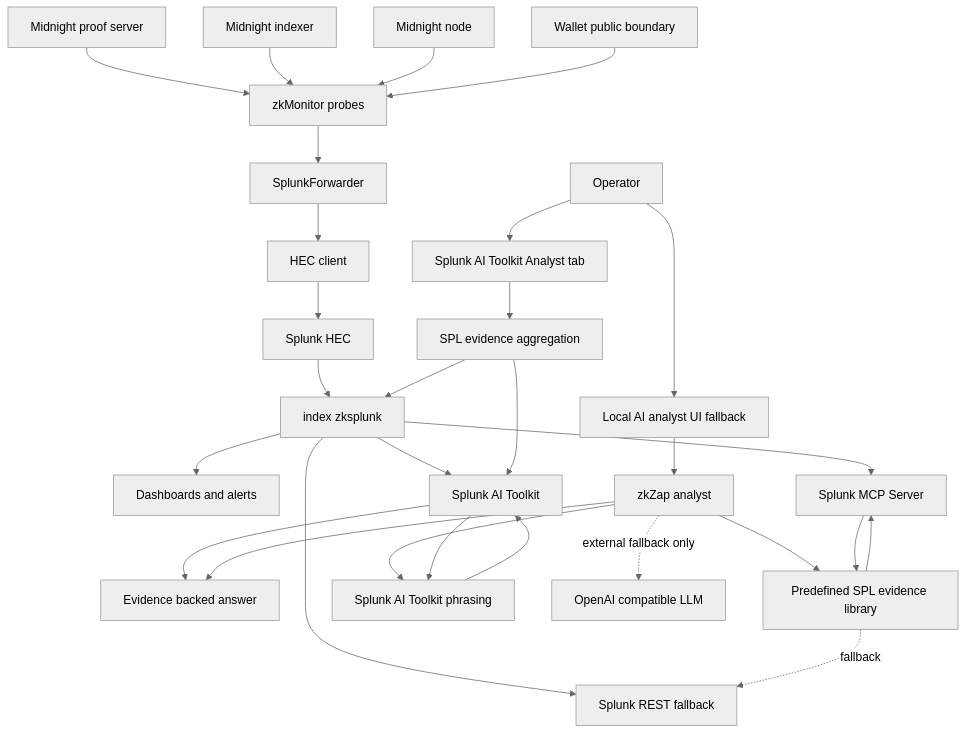
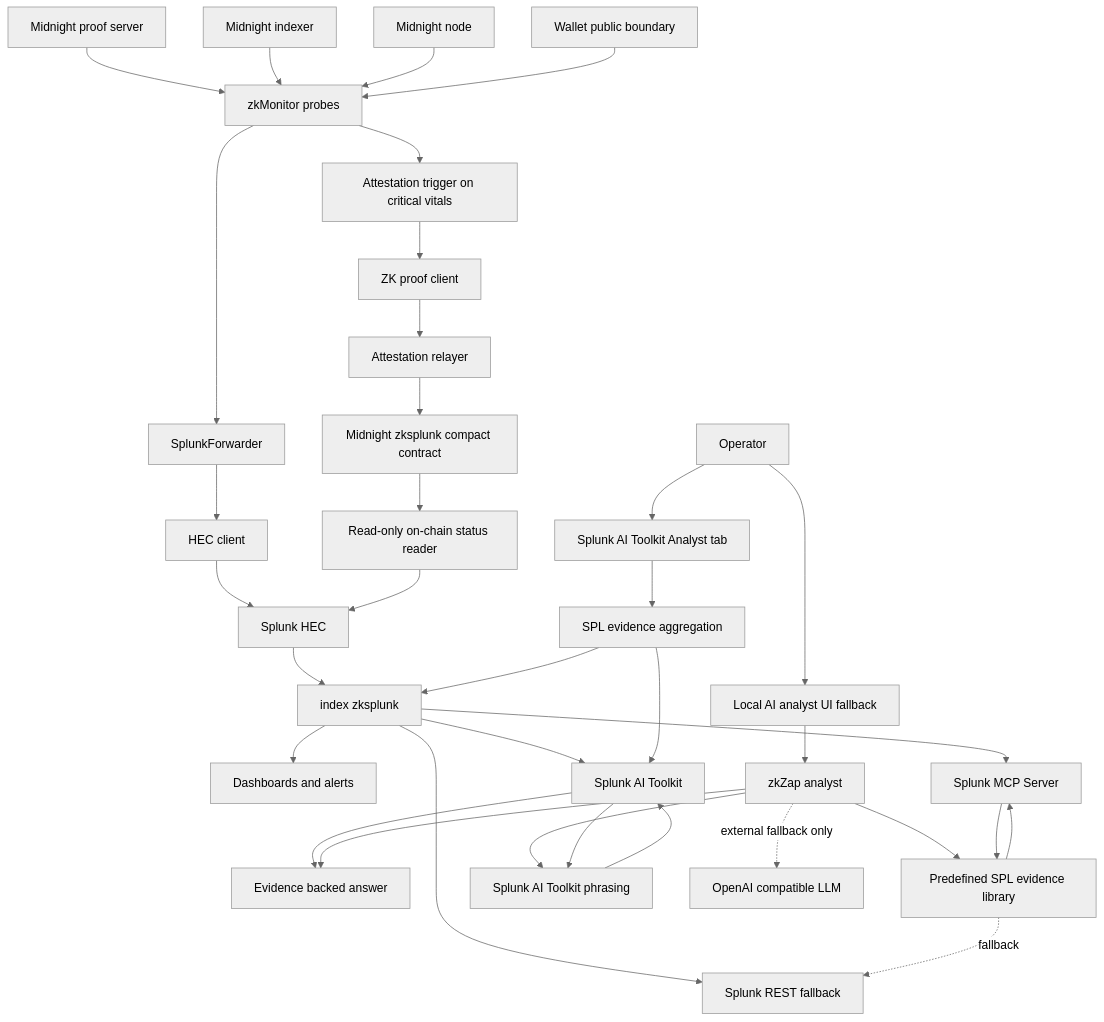
Before and after one commit to apestchanker/Zplunk: the first of 3 diagrams in README.md, drawn with Mermaid (neutral theme). The commit also changed other lines of this file and 21 other files, not shown here.

````diff
--- a/README.md
+++ b/README.md
@@ -72,31 +72,37 @@
 ```mermaid
 graph TD
   A1[Midnight proof server] --> B1[zkMonitor probes]
   A2[Midnight indexer] --> B1
   A3[Midnight node] --> B1
   A4[Wallet public boundary] --> B1
   B1 --> C1[SplunkForwarder]
   C1 --> C2[HEC client]
   C2 --> D1[Splunk HEC]
   D1 --> D2[index zksplunk]
   D2 --> D3[Dashboards and alerts]
   D2 --> D4[Splunk MCP Server]
   D2 --> D5[Splunk REST fallback]
   D2 --> D6[Splunk AI Toolkit]
+  B1 --> G1[Attestation trigger on critical vitals]
+  G1 --> G2[ZK proof client]
+  G2 --> G3[Attestation relayer]
+  G3 --> G4[Midnight zksplunk compact contract]
+  G4 --> G5[Read-only on-chain status reader]
+  G5 --> D1
   F1[Operator] --> E0[Splunk AI Toolkit Analyst tab]
   E0 --> E6[SPL evidence aggregation]
   E6 --> D2
   E6 --> D6
   D6 --> F2[Evidence backed answer]
   F1 --> E1[Local AI analyst UI fallback]
   E1 --> E2[zkZap analyst]
   E2 --> E3[Predefined SPL evidence library]
   E3 --> D4
   D4 --> E3
   E3 -. fallback .-> D5
   E2 --> E4[Splunk AI Toolkit phrasing]
   E4 --> D6
   D6 --> E4
   E2 -. external fallback only .-> E5[OpenAI compatible LLM]
   E2 --> F2
 ```
````
